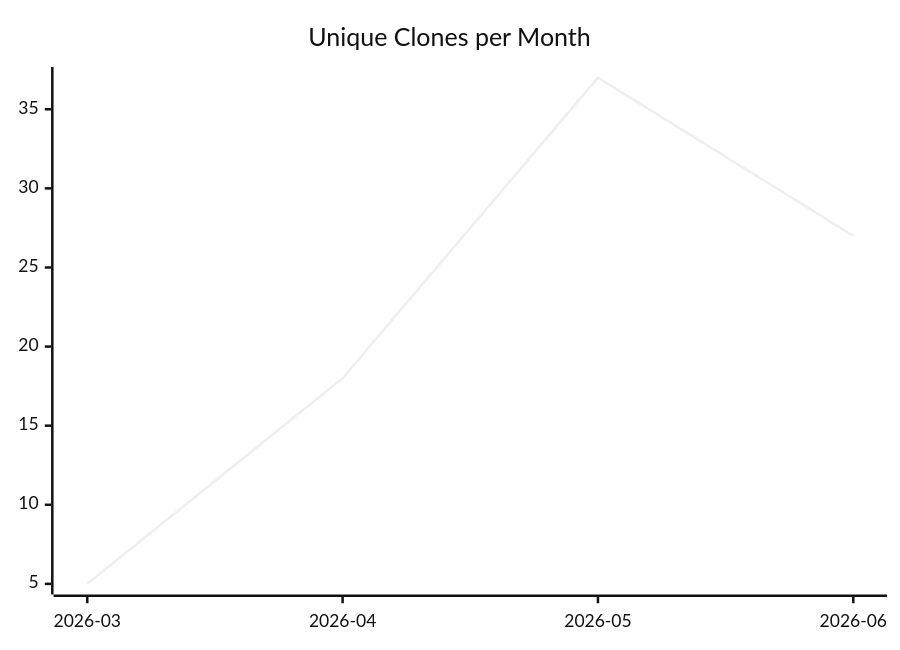
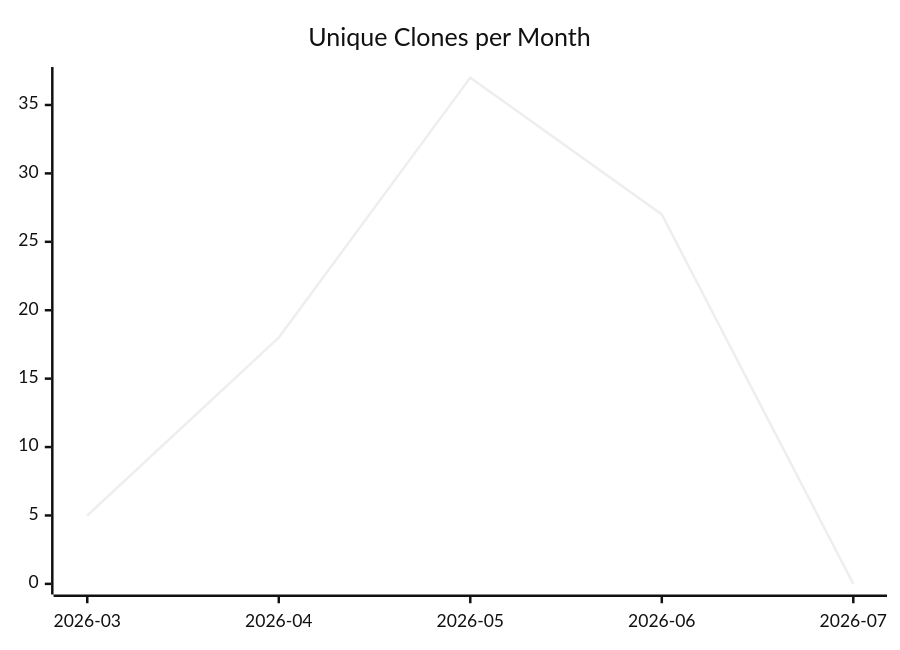
Before and after one commit to justdavis-family/github-analytics-data: the third of 3 diagrams in karlmdavis/obsidian-operator/README.md, drawn with Mermaid (neutral theme). The commit also changed other lines of this file and 199 other files, not shown here.

````diff
--- a/karlmdavis/obsidian-operator/README.md
+++ b/karlmdavis/obsidian-operator/README.md
@@ -19,6 +19,6 @@
 ```mermaid
 xychart-beta
   title "Unique Clones per Month"
-  x-axis ["2026-03", "2026-04", "2026-05", "2026-06"]
-  line [5, 18, 37, 27]
+  x-axis ["2026-03", "2026-04", "2026-05", "2026-06", "2026-07"]
+  line [5, 18, 37, 27, 0]
 ```
````
